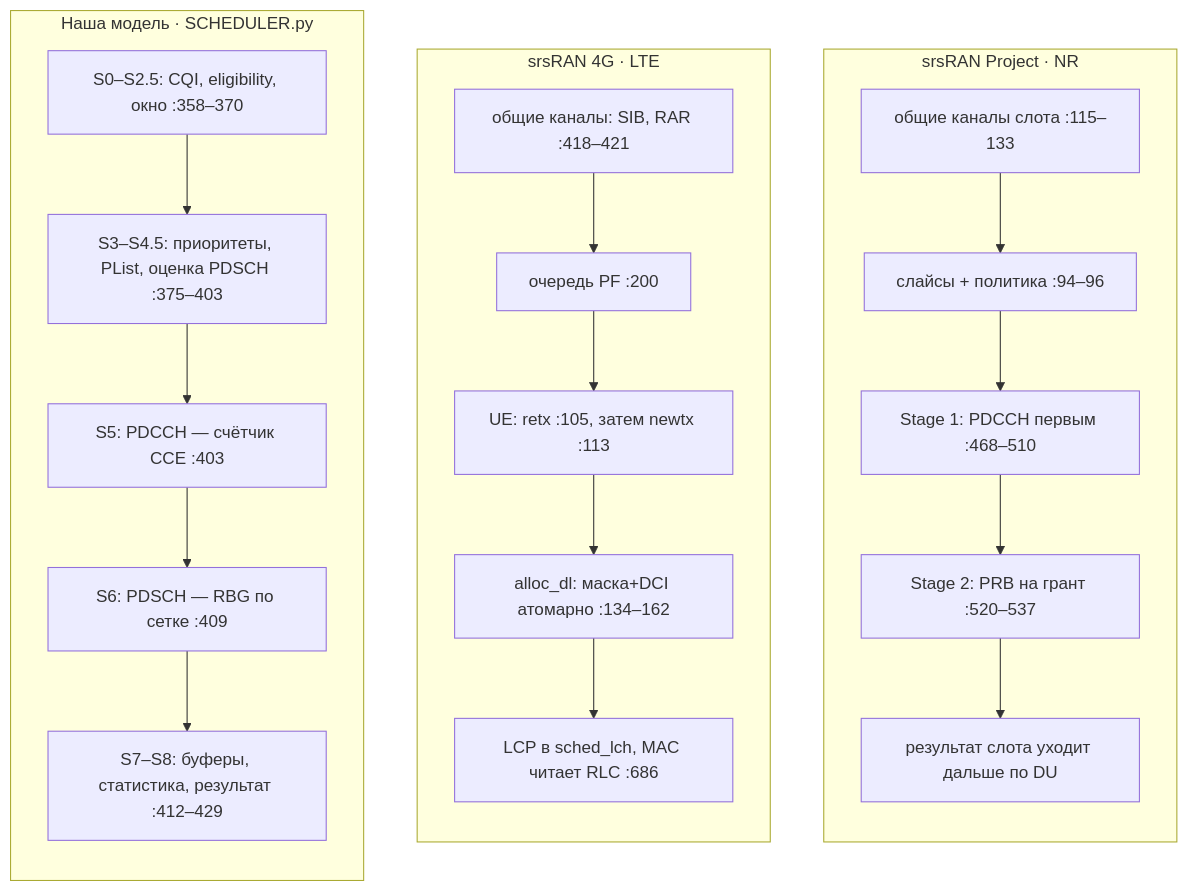
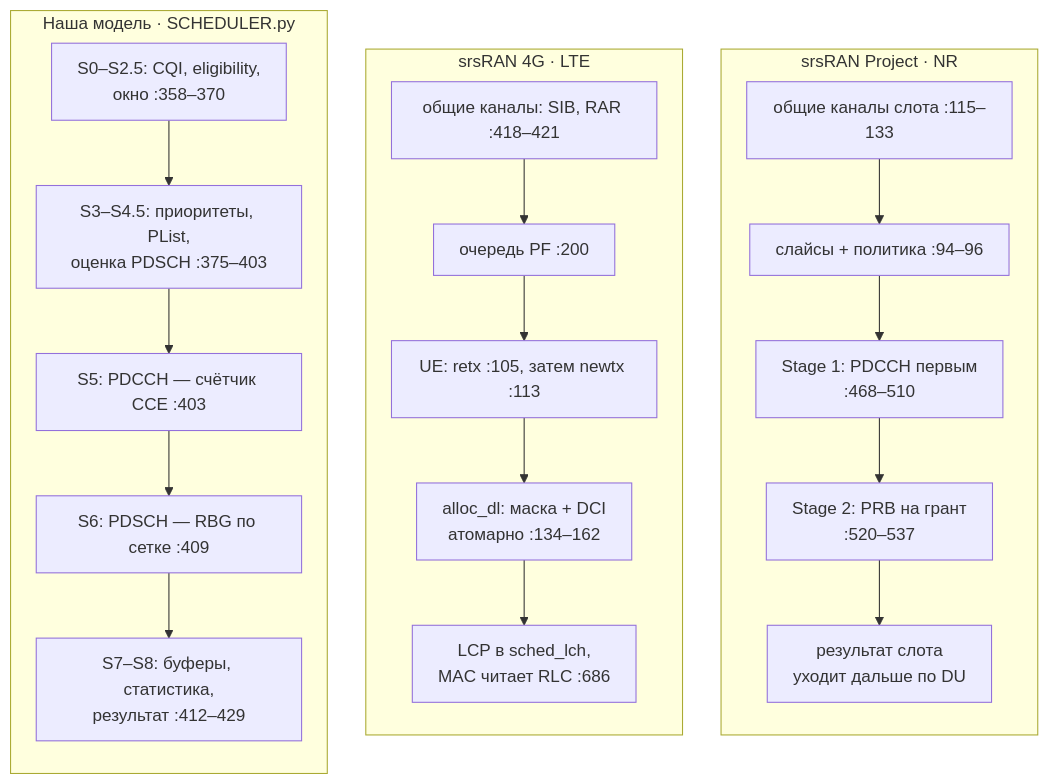
The third of 5 diagrams in weeks/docs/week_03_report.md (dokbrawn/REC-S5), drawn with Mermaid before and after one commit. The commit also changed other lines of this file, not shown here.

````diff
--- a/weeks/docs/week_03_report.md
+++ b/weeks/docs/week_03_report.md
@@ -215,25 +217,26 @@
 ```mermaid
+%%{init: {"flowchart": {"htmlLabels": true, "nodeSpacing": 28, "rankSpacing": 36, "padding": 12}}}%%
 flowchart LR
     subgraph OURS["Наша модель · SCHEDULER.py"]
         direction TB
-        O0["S0–S2.5: CQI, eligibility, окно :358–370"] --> O3["S3–S4.5: приоритеты, PList, оценка PDSCH :375–403"]
+        O0["S0–S2.5: CQI, eligibility,<br/>окно :358–370"] --> O3["S3–S4.5: приоритеты, PList,<br/>оценка PDSCH :375–403"]
         O3 --> O5["S5: PDCCH — счётчик CCE :403"]
         O5 --> O6["S6: PDSCH — RBG по сетке :409"]
-        O6 --> O7["S7–S8: буферы, статистика, результат :412–429"]
+        O6 --> O7["S7–S8: буферы, статистика,<br/>результат :412–429"]
     end
     subgraph FOURG["srsRAN 4G · LTE"]
         direction TB
         F1["общие каналы: SIB, RAR :418–421"] --> F2["очередь PF :200"]
         F2 --> F3["UE: retx :105, затем newtx :113"]
-        F3 --> F4["alloc_dl: маска+DCI атомарно :134–162"]
-        F4 --> F5["LCP в sched_lch, MAC читает RLC :686"]
+        F3 --> F4["alloc_dl: маска + DCI<br/>атомарно :134–162"]
+        F4 --> F5["LCP в sched_lch,<br/>MAC читает RLC :686"]
     end
     subgraph PROJ["srsRAN Project · NR"]
         direction TB
         P1["общие каналы слота :115–133"] --> P2["слайсы + политика :94–96"]
-        P2 --> P3["Stage 1: PDCCH первым :468–510"]
-        P3 --> P4["Stage 2: PRB на грант :520–537"]
-        P4 --> P5["результат слота уходит дальше по DU"]
+        P2 --> P3["Stage 1: PDCCH первым<br/>:468–510"]
+        P3 --> P4["Stage 2: PRB на грант<br/>:520–537"]
+        P4 --> P5["результат слота<br/>уходит дальше по DU"]
     end
     OURS ~~~ FOURG ~~~ PROJ
 ```
````
